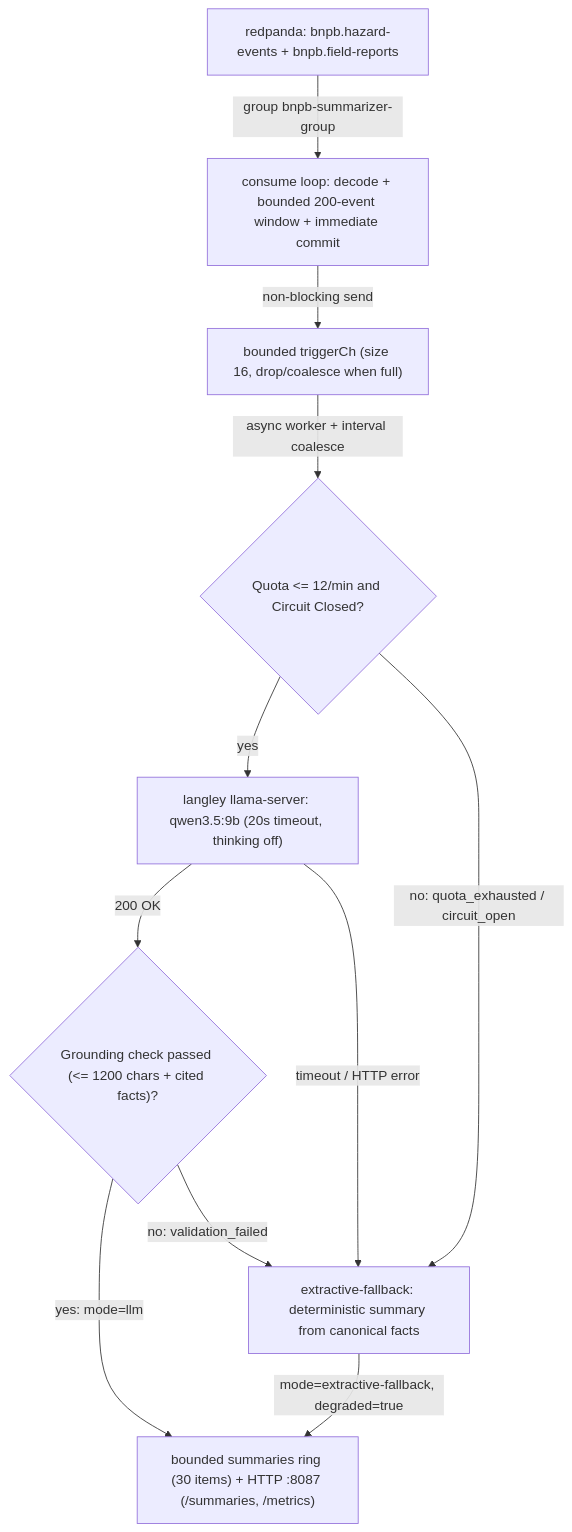
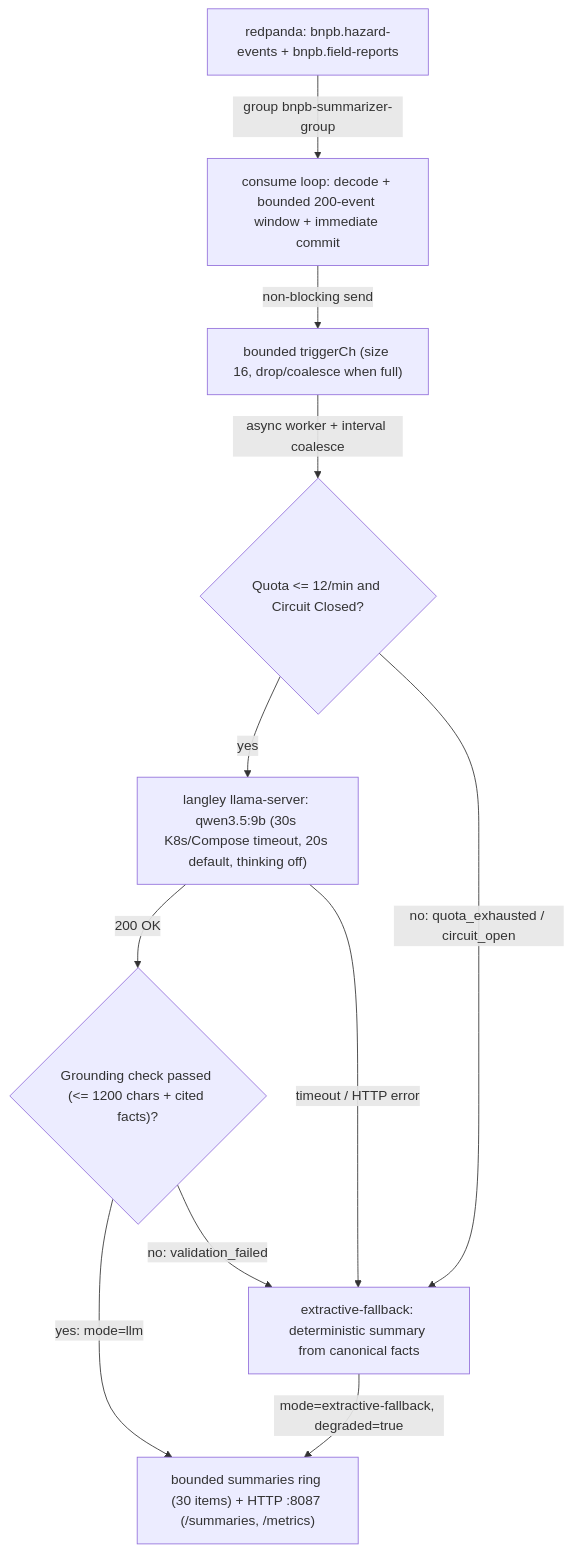
The diagram in docs/diagrams/adr008-summarizer.mmd (Darsua/AAT), drawn with Mermaid before and after one commit. The commit also changed 28 other files, not shown here.

Commit message:
docs: reconcile evidence summaries, ADRs, architecture diagrams, and runbooks (#22, #23, #24, #25, #31, #35, #36)

```diff
--- a/docs/diagrams/adr008-summarizer.mmd
+++ b/docs/diagrams/adr008-summarizer.mmd
@@ -1,20 +1,20 @@
 flowchart TD
     RP["redpanda: bnpb.hazard-events + bnpb.field-reports"]
     ING["consume loop: decode + bounded 200-event window + immediate commit"]
     CH["bounded triggerCh (size 16, drop/coalesce when full)"]
     GATE{"Quota <= 12/min and Circuit Closed?"}
-    LLM["langley llama-server: qwen3.5:9b (20s timeout, thinking off)"]
+    LLM["langley llama-server: qwen3.5:9b (30s K8s/Compose timeout, 20s default, thinking off)"]
     VAL{"Grounding check passed (<= 1200 chars + cited facts)?"}
     FB["extractive-fallback: deterministic summary from canonical facts"]
     RING["bounded summaries ring (30 items) + HTTP :8087 (/summaries, /metrics)"]
 
     RP -->|"group bnpb-summarizer-group"| ING
     ING -->|"non-blocking send"| CH
     CH -->|"async worker + interval coalesce"| GATE
     GATE -->|"yes"| LLM
     GATE -->|"no: quota_exhausted / circuit_open"| FB
     LLM -->|"200 OK"| VAL
     LLM -->|"timeout / HTTP error"| FB
     VAL -->|"yes: mode=llm"| RING
     VAL -->|"no: validation_failed"| FB
     FB -->|"mode=extractive-fallback, degraded=true"| RING
```
